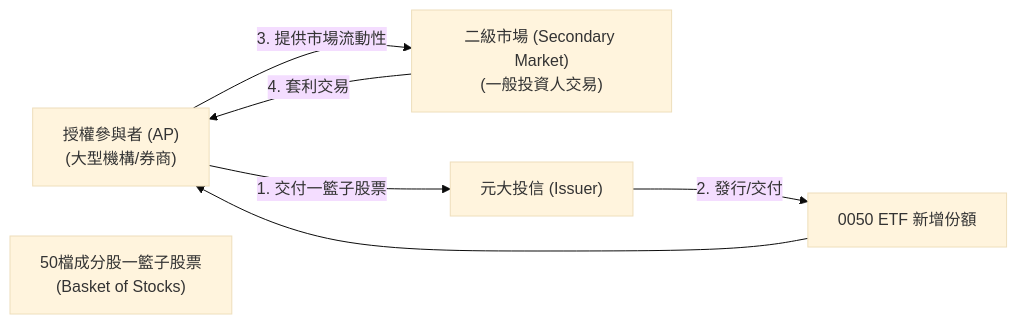
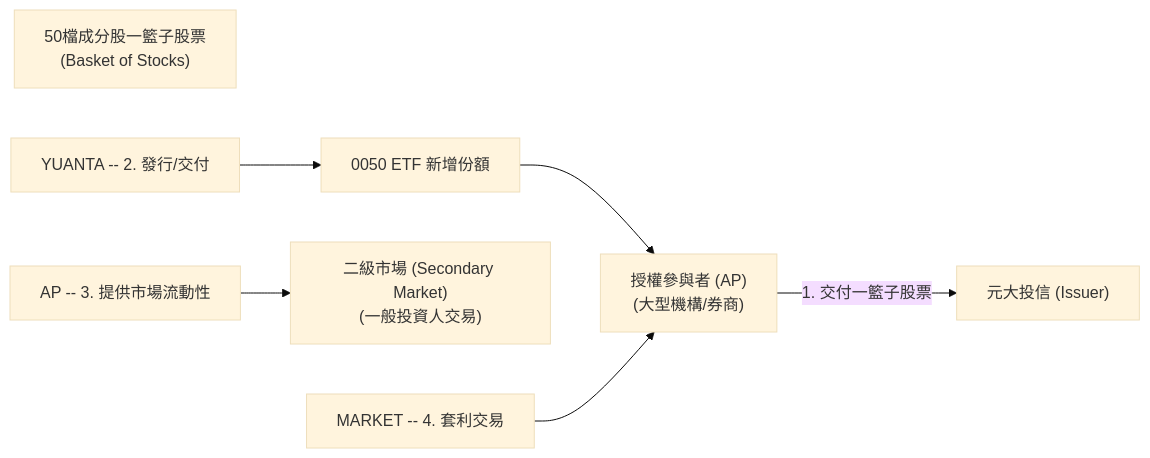
The seventh of 11 diagrams in ai_gen_report/stock/0050/fundamental_analysis_2026-06-14_gemini.md (yennanliu/finance_data), drawn with Mermaid (base theme) before and after one commit. The commit also changed 2258 other files, not shown here.

First line of the commit message:
chore: backfill Mermaid syntax repair across existing reports

````diff
--- a/ai_gen_report/stock/0050/fundamental_analysis_2026-06-14_gemini.md
+++ b/ai_gen_report/stock/0050/fundamental_analysis_2026-06-14_gemini.md
@@ -343,14 +343,14 @@
 ```mermaid
 graph LR
     AP["授權參與者 (AP) <br/> (大型機構/券商)"]
     UNDERLYING["50檔成分股一籃子股票<br/>(Basket of Stocks)"]
     ETF_SHARES["0050 ETF 新增份額"]
     MARKET["二級市場 (Secondary Market)<br/>(一般投資人交易)"]
 
     AP -- "1. 交付一籃子股票" --> YUANTA["元大投信 (Issuer)"]
-    YUANTA -- "2. 發行/交付" --> ETF_SHARES
+    nb1["YUANTA -- "2. 發行/交付""] --> ETF_SHARES
     ETF_SHARES --> AP
     
-    AP -- "3. 提供市場流動性" --> MARKET
-    MARKET -- "4. 套利交易" --> AP
+    nb2["AP -- "3. 提供市場流動性""] --> MARKET
+    nb3["MARKET -- "4. 套利交易""] --> AP
 ```
````
